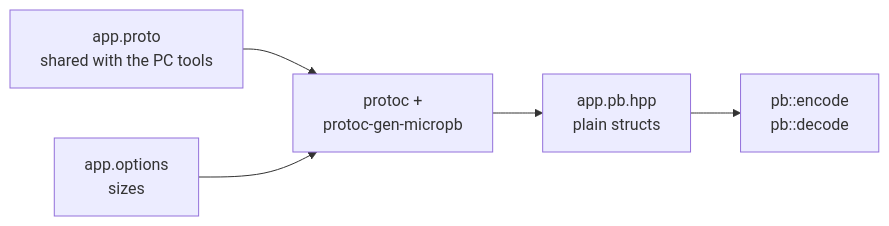
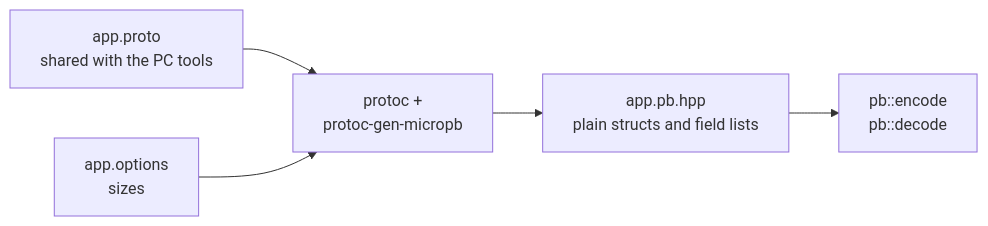
One commit to P-i-N/micropb changed the third of 6 diagrams in README.md. Above: the diagram before and after it, drawn with Mermaid. The commit also changed other lines of this file and 3 other files, not shown here.

Commit message:
docs(micropb): document field lists and compilers without reflection

````diff
--- a/README.md
+++ b/README.md
@@ -305,7 +308,7 @@
 ```mermaid
 flowchart LR
     proto["app.proto<br/>shared with the PC tools"] --> protoc["protoc +<br/>protoc-gen-micropb"]
     options["app.options<br/>sizes"] --> protoc
-    protoc --> header["app.pb.hpp<br/>plain structs"]
+    protoc --> header["app.pb.hpp<br/>plain structs and field lists"]
     header --> codec["pb::encode<br/>pb::decode"]
 ```
````
